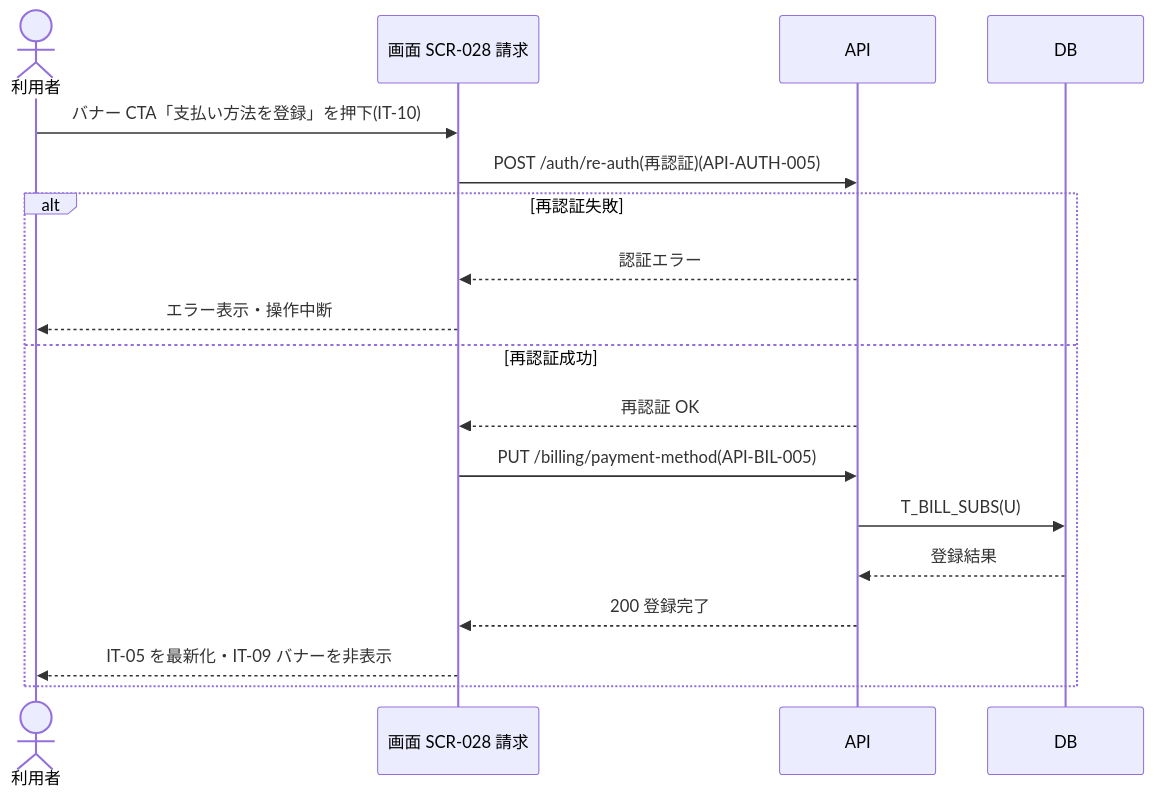
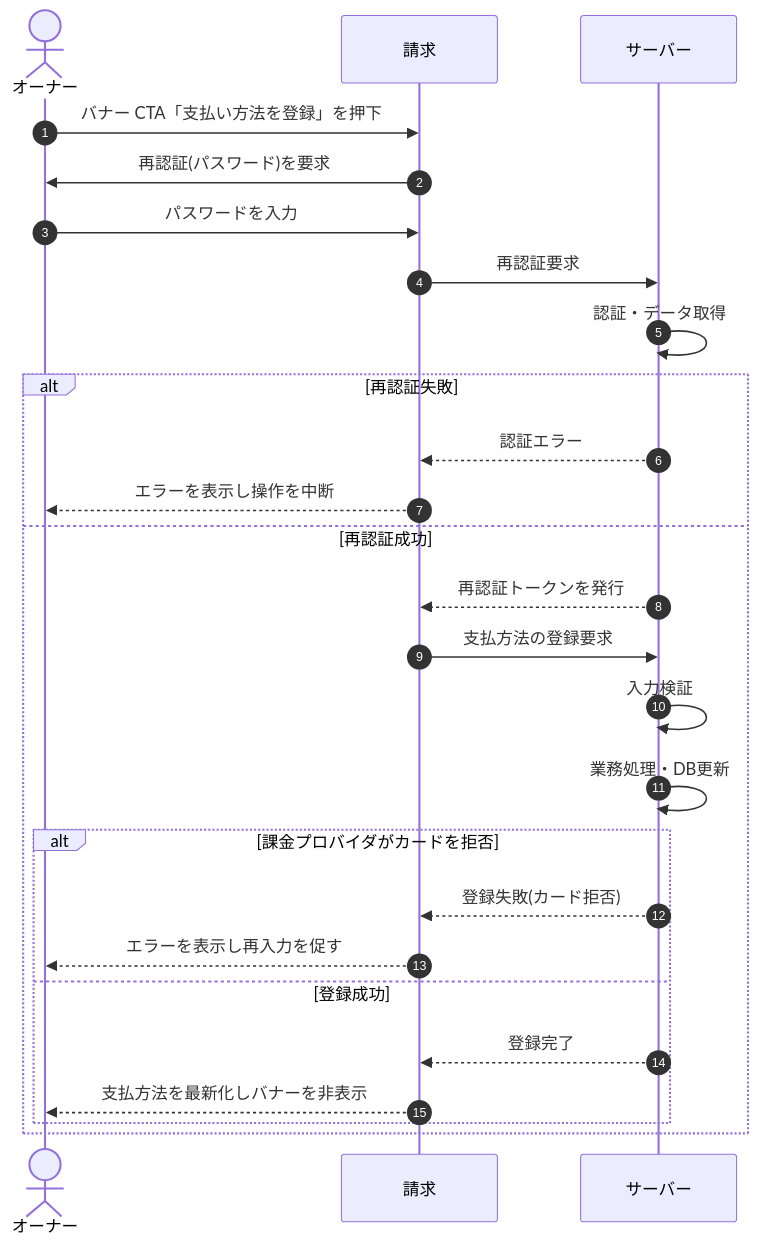
Before and after one commit to sikakou54/open-faq: the diagram in 02_basic_design/05_sequences/SEQ-084.md, drawn with Mermaid. The commit also changed other lines of this file and 108 other files, not shown here.

First line of the commit message:
基本設計: シーケンス図を基本設計粒度(ユーザー/画面/サーバー)へ再編成

````diff
--- a/02_basic_design/05_sequences/SEQ-084.md
+++ b/02_basic_design/05_sequences/SEQ-084.md
@@ -25,20 +32,28 @@
 ```mermaid
 sequenceDiagram
-  actor U as 利用者
-  participant S as 画面 SCR-028 請求
-  participant API as API
-  participant DB as DB
-  U->>S: バナー CTA「支払い方法を登録」を押下(IT-10)
-  S->>API: POST /auth/re-auth(再認証)(API-AUTH-005)
+  autonumber
+  actor U as オーナー
+  participant Screen as 請求
+  participant Server as サーバー
+  U->>Screen: バナー CTA「支払い方法を登録」を押下
+  Screen->>U: 再認証(パスワード)を要求
+  U->>Screen: パスワードを入力
+  Screen->>Server: 再認証要求
+  Server->>Server: 認証・データ取得
   alt 再認証失敗
-    API-->>S: 認証エラー
-    S-->>U: エラー表示・操作中断
+    Server-->>Screen: 認証エラー
+    Screen-->>U: エラーを表示し操作を中断
   else 再認証成功
-    API-->>S: 再認証 OK
-    S->>API: PUT /billing/payment-method(API-BIL-005)
-    API->>DB: T_BILL_SUBS(U)
-    DB-->>API: 登録結果
-    API-->>S: 200 登録完了
-    S-->>U: IT-05 を最新化・IT-09 バナーを非表示
+    Server-->>Screen: 再認証トークンを発行
+    Screen->>Server: 支払方法の登録要求
+    Server->>Server: 入力検証
+    Server->>Server: 業務処理・DB更新
+    alt 課金プロバイダがカードを拒否
+      Server-->>Screen: 登録失敗(カード拒否)
+      Screen-->>U: エラーを表示し再入力を促す
+    else 登録成功
+      Server-->>Screen: 登録完了
+      Screen-->>U: 支払方法を最新化しバナーを非表示
+    end
   end
 ```
````
